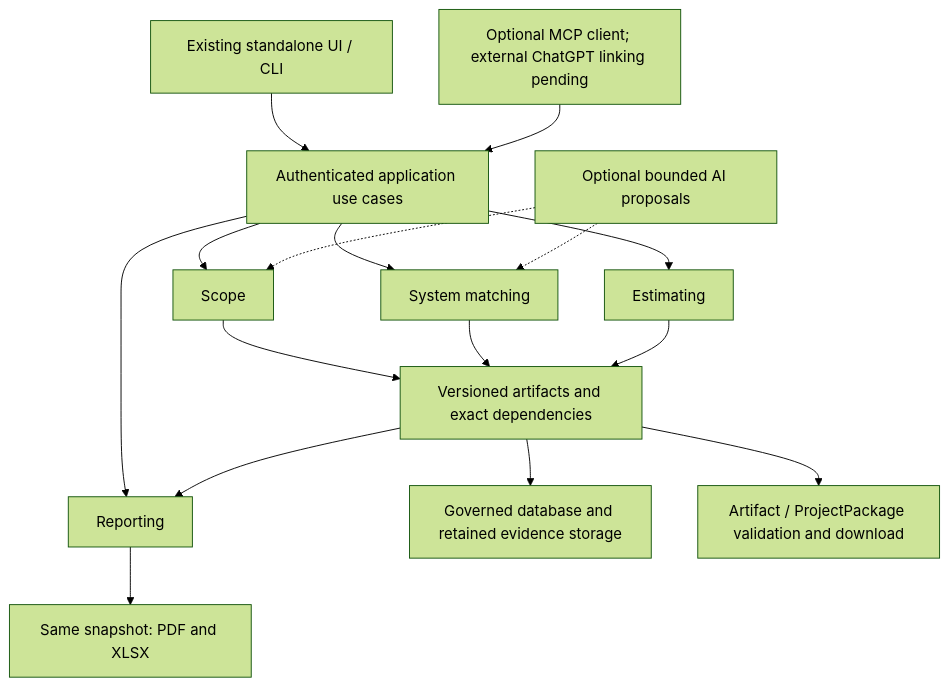
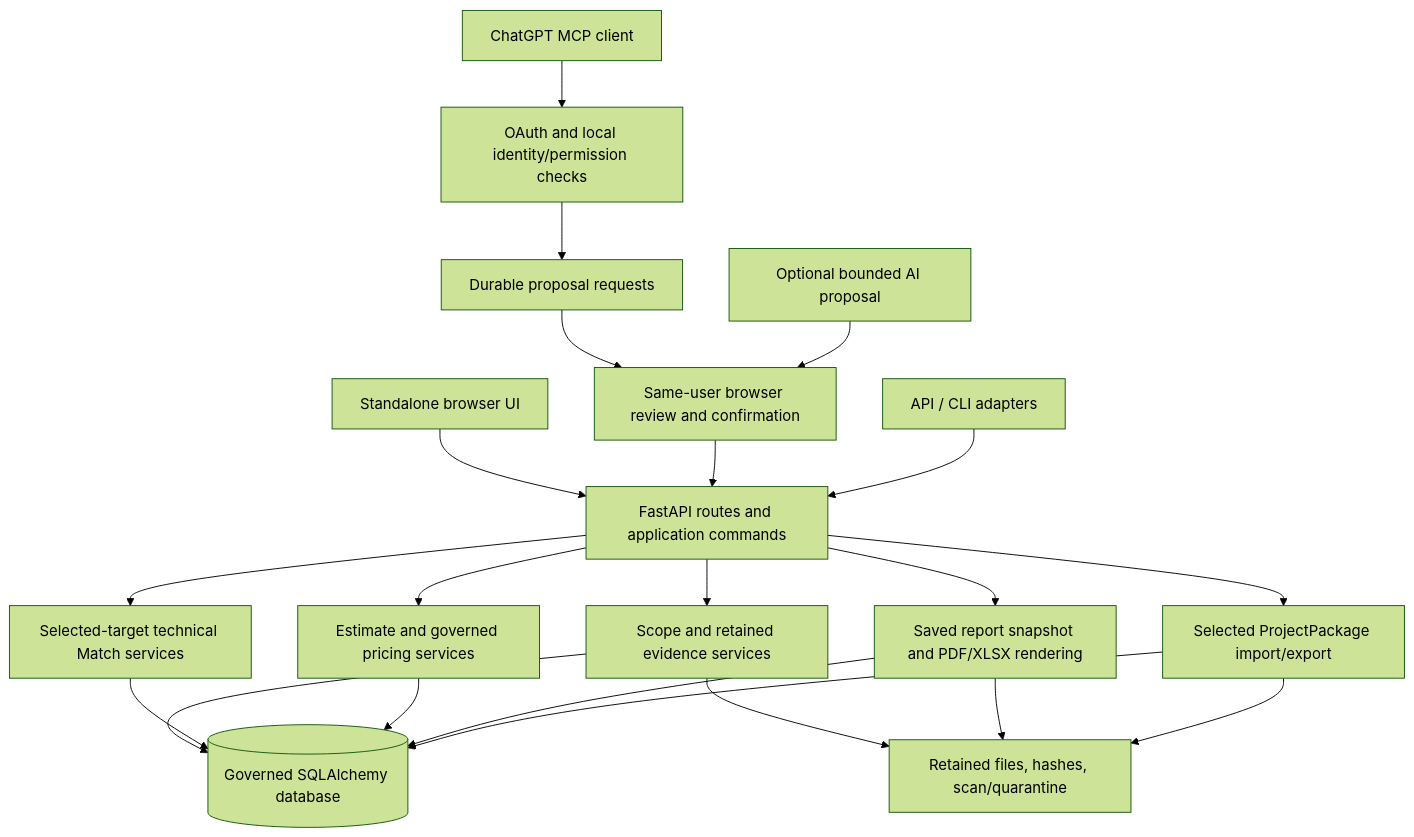
Before and after one commit to Slayde91/classifire: the diagram in docs/CLASSIFIRE_ARCHITECTURE.md, drawn with Mermaid (forest theme). The commit also changed other lines of this file and 9 other files, not shown here.

Commit message:
docs: reconcile project state, architecture, roadmap, and next actions

````diff
--- a/docs/CLASSIFIRE_ARCHITECTURE.md
+++ b/docs/CLASSIFIRE_ARCHITECTURE.md
@@ -394,18 +24,23 @@
 ```mermaid
 flowchart TD
-    UI[Existing standalone UI / CLI] --> API[Authenticated application use cases]
-    CHAT[Optional MCP client; external ChatGPT linking pending] --> API
-    API --> S[Scope]
-    API --> T[System matching]
-    API --> E[Estimating]
-    API --> R[Reporting]
-    S --> A[Versioned artifacts and exact dependencies]
-    T --> A
-    E --> A
-    A --> R
-    R --> O[Same snapshot: PDF and XLSX]
-    A --> DB[Governed database and retained evidence storage]
-    A --> P[Artifact / ProjectPackage validation and download]
-    AI[Optional bounded AI proposals] -.-> S
-    AI -.-> T
+  UI[Standalone browser UI] --> APP[FastAPI routes and application commands]
+  CHAT[ChatGPT MCP client] --> AUTH[OAuth and local identity/permission checks]
+  AUTH --> PROPOSE[Durable proposal requests]
+  PROPOSE --> HUMAN[Same-user browser review and confirmation]
+  HUMAN --> APP
+  API[API / CLI adapters] --> APP
+  APP --> SCOPE[Scope and retained evidence services]
+  APP --> MATCH[Selected-target technical Match services]
+  APP --> EST[Estimate and governed pricing services]
+  APP --> REPORT[Saved report snapshot and PDF/XLSX rendering]
+  APP --> PACK[Selected ProjectPackage import/export]
+  SCOPE --> DB[(Governed SQLAlchemy database)]
+  MATCH --> DB
+  EST --> DB
+  REPORT --> DB
+  PACK --> DB
+  SCOPE --> STORE[Retained files, hashes, scan/quarantine]
+  REPORT --> STORE
+  PACK --> STORE
+  AI[Optional bounded AI proposal] --> HUMAN
 ```
````
